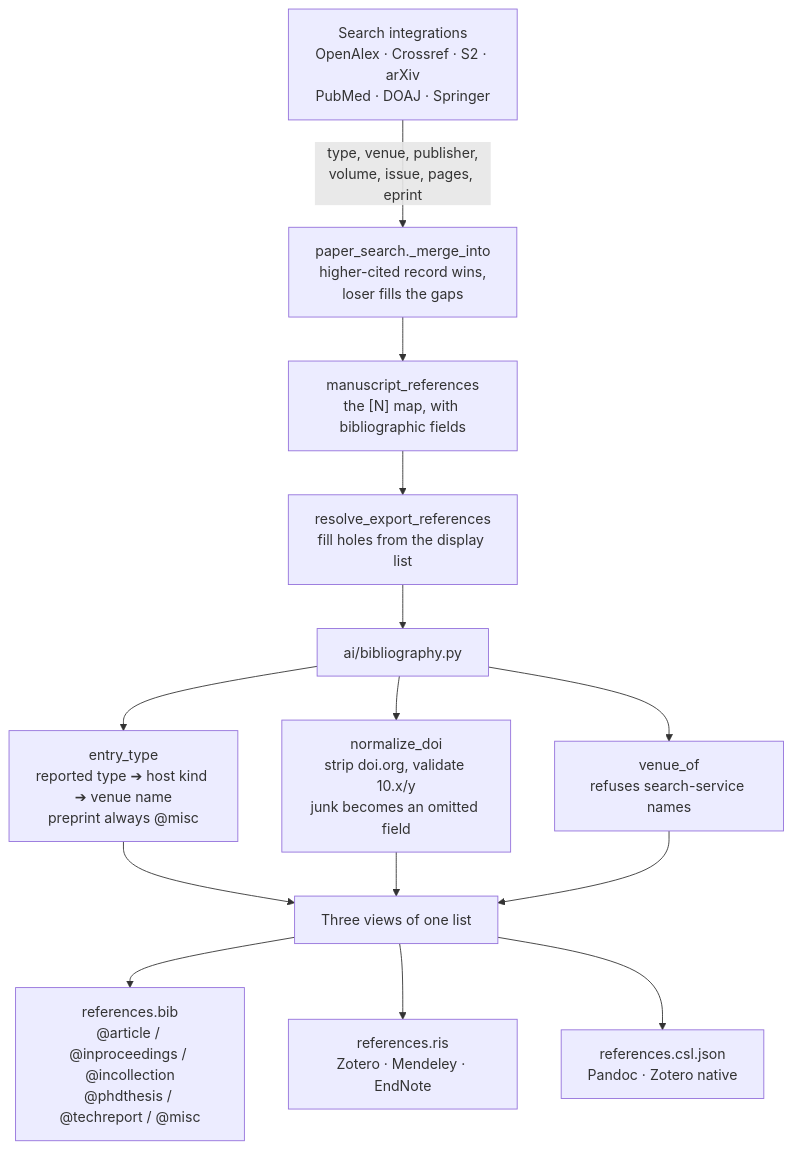
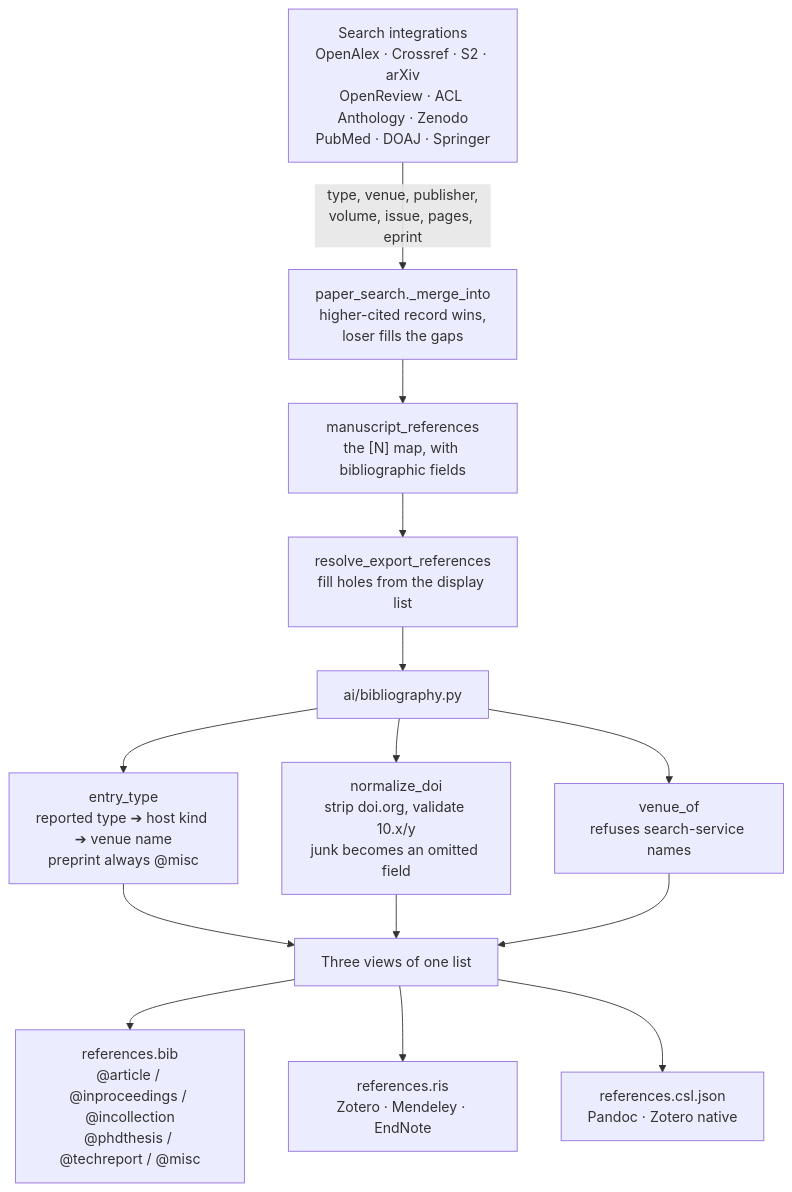
The fourth of 11 diagrams in architecture_and_workflow.md (Saathwik43/Ai_Powered_Research_Agent), drawn with Mermaid before and after one commit. The commit also changed other lines of this file and 36 other files, not shown here.

````diff
--- a/architecture_and_workflow.md
+++ b/architecture_and_workflow.md
@@ -505,20 +519,20 @@
 ```mermaid
 flowchart TD
-    Sources["Search integrations<br/>OpenAlex · Crossref · S2 · arXiv<br/>PubMed · DOAJ · Springer"]
+    Sources["Search integrations<br/>OpenAlex · Crossref · S2 · arXiv<br/>OpenReview · ACL Anthology · Zenodo<br/>PubMed · DOAJ · Springer"]
     Sources -->|"type, venue, publisher,<br/>volume, issue, pages, eprint"| Dedupe["paper_search._merge_into<br/>higher-cited record wins,<br/>loser fills the gaps"]
     Dedupe --> Snapshot["manuscript_references<br/>the [N] map, with bibliographic fields"]
     Snapshot --> Resolve["resolve_export_references<br/>fill holes from the display list"]
 
     Resolve --> Biblio["ai/bibliography.py"]
     Biblio --> ET["entry_type<br/>reported type ➔ host kind ➔ venue name<br/>preprint always @misc"]
     Biblio --> DOI["normalize_doi<br/>strip doi.org, validate 10.x/y<br/>junk becomes an omitted field"]
     Biblio --> VEN["venue_of<br/>refuses search-service names"]
 
     ET --> Emit
     DOI --> Emit
     VEN --> Emit
     Emit["Three views of one list"]
     Emit --> Bib["references.bib<br/>@article / @inproceedings / @incollection<br/>@phdthesis / @techreport / @misc"]
     Emit --> Ris["references.ris<br/>Zotero · Mendeley · EndNote"]
     Emit --> Csl["references.csl.json<br/>Pandoc · Zotero native"]
 ```
````
